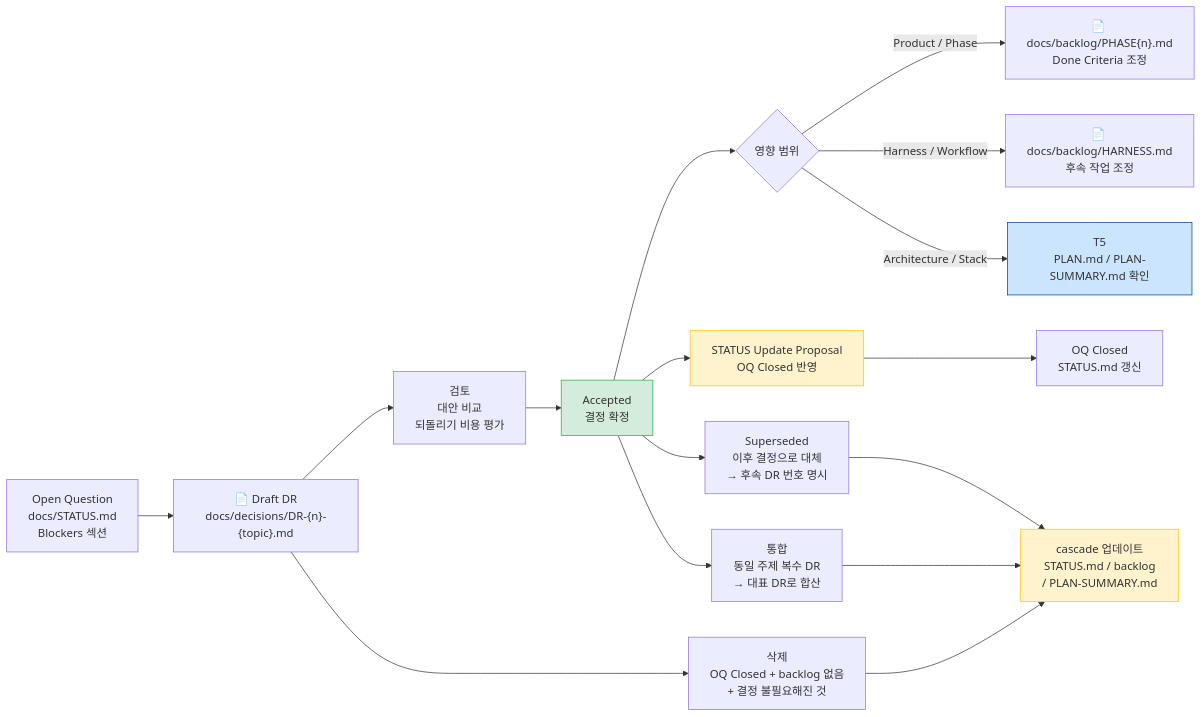
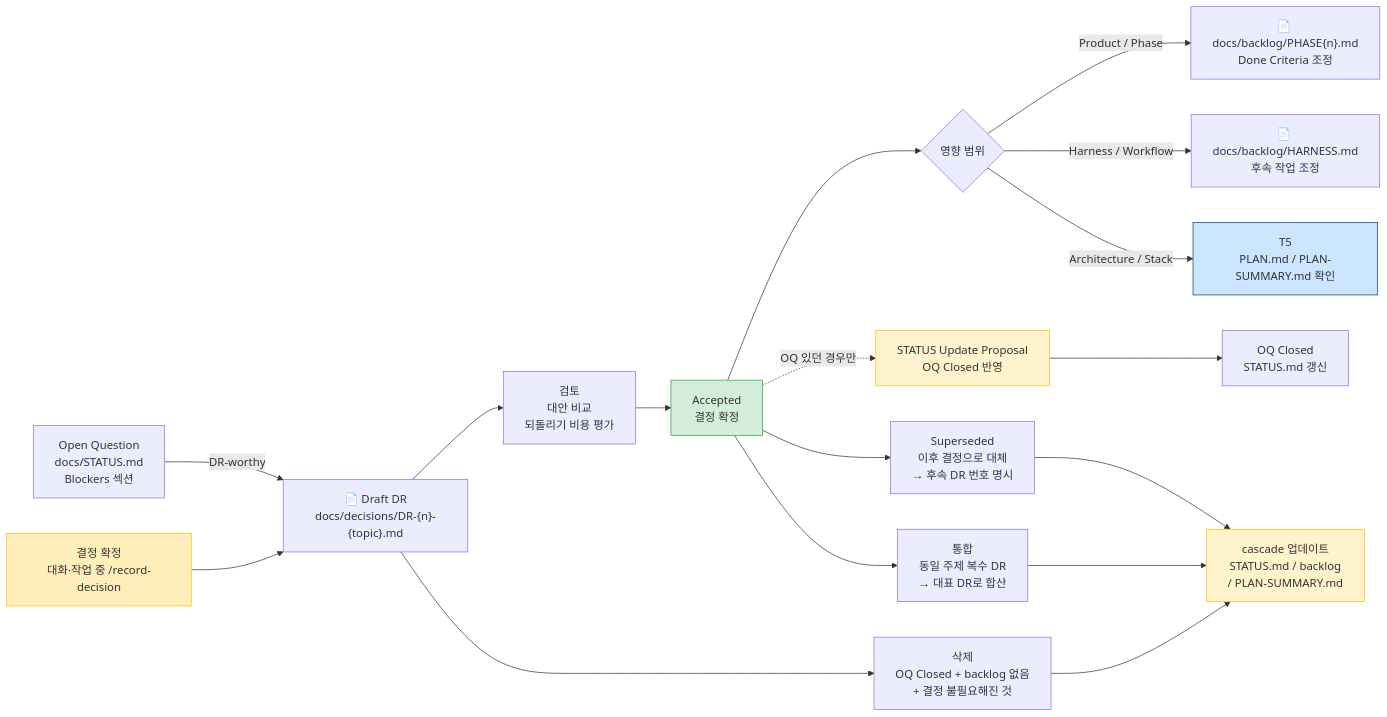
One commit to kyungseo/ai-workflow-harness changed diagram 13 of 14 in docs/WORKFLOW-MANUAL.md. Above: the diagram before and after it, drawn with Mermaid.

Commit message:
docs: DR Lifecycle 다이어그램 — OQ 없는 직접 진입 경로 추가
OQ → DR이 유일한 경로처럼 표현되던 다이어그램을 수정.
대화·작업 중 확정된 결정을 /record-decision으로 직접 DR 작성하는
경로를 추가하고, STATUS_PROPOSAL 단계를 OQ가 있던 경우에만
적용되는 조건부 분기(점선)로 변경.

````diff
--- a/docs/WORKFLOW-MANUAL.md
+++ b/docs/WORKFLOW-MANUAL.md
@@ -922,25 +922,30 @@
 ```mermaid
 flowchart LR
-    OQ["Open Question\ndocs/STATUS.md\nBlockers 섹션"] --> DRAFT["📄 Draft DR\ndocs/decisions/DR-{n}-{topic}.md"]
+    OQ["Open Question\ndocs/STATUS.md\nBlockers 섹션"]
+    DECISION["결정 확정\n대화·작업 중 /record-decision"]
+
+    OQ -->|"DR-worthy"| DRAFT["📄 Draft DR\ndocs/decisions/DR-{n}-{topic}.md"]
+    DECISION --> DRAFT
     DRAFT --> REVIEW["검토\n대안 비교\n되돌리기 비용 평가"]
     REVIEW --> ACCEPT["Accepted\n결정 확정"]
     ACCEPT --> ROUTE{영향 범위}
     ROUTE -- Product / Phase --> PBACKLOG["📄 docs/backlog/PHASE{n}.md\nDone Criteria 조정"]
     ROUTE -- Harness / Workflow --> HBACKLOG["📄 docs/backlog/HARNESS.md\n후속 작업 조정"]
     ROUTE -- Architecture / Stack --> PLAN["T5\nPLAN.md / PLAN-SUMMARY.md 확인"]
-    ACCEPT --> STATUS_PROPOSAL["STATUS Update Proposal\nOQ Closed 반영"]
+    ACCEPT -.->|"OQ 있던 경우만"| STATUS_PROPOSAL["STATUS Update Proposal\nOQ Closed 반영"]
     STATUS_PROPOSAL --> CLOSED["OQ Closed\nSTATUS.md 갱신"]
 
     ACCEPT --> SUPERSEDED["Superseded\n이후 결정으로 대체\n→ 후속 DR 번호 명시"]
     DRAFT --> DELETE["삭제\nOQ Closed + backlog 없음\n+ 결정 불필요해진 것"]
     ACCEPT --> MERGE["통합\n동일 주제 복수 DR\n→ 대표 DR로 합산"]
 
     SUPERSEDED --> CASCADE["cascade 업데이트\nSTATUS.md / backlog\n/ PLAN-SUMMARY.md"]
     DELETE --> CASCADE
     MERGE --> CASCADE
 
     style ACCEPT fill:#d4edda,stroke:#28a745
+    style DECISION fill:#ffeeba,stroke:#ffc107
     style PLAN fill:#cce5ff,stroke:#004085
     style STATUS_PROPOSAL fill:#fff3cd,stroke:#ffc107
     style CASCADE fill:#fff3cd,stroke:#ffc107
 ```
````
